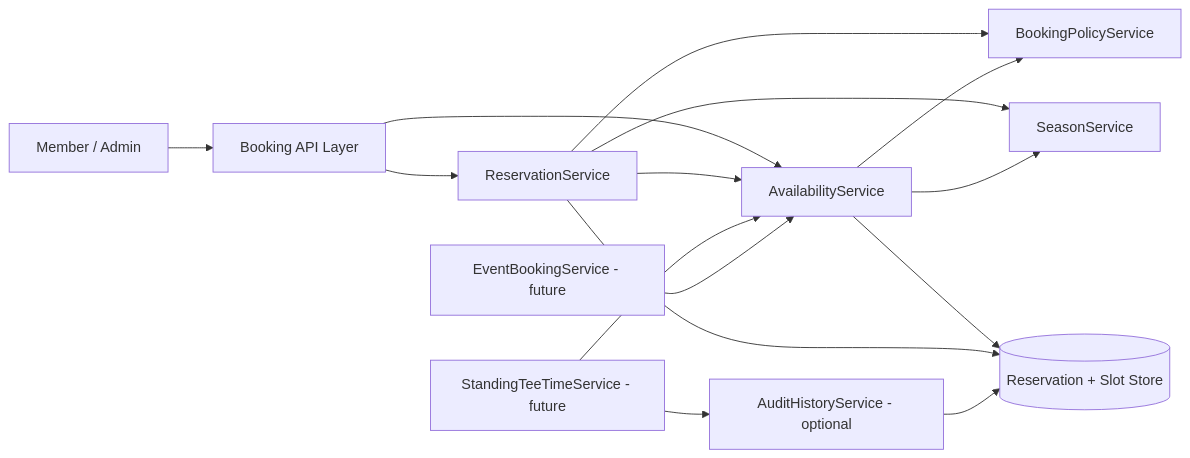
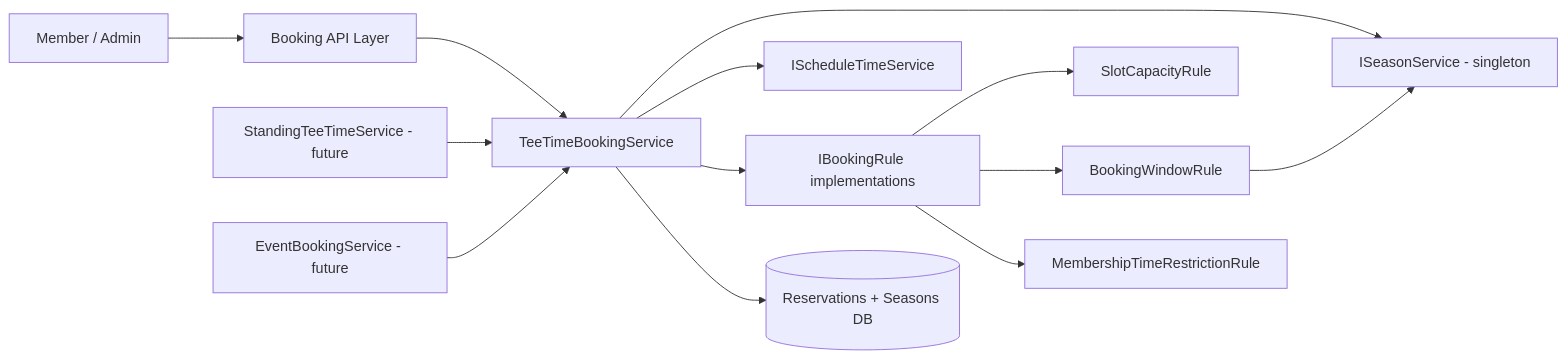
The diagram in docs/20-domain-tee-time-reservations/04-architecture/service-architecture-and-delivery-order.md (alwon1/ClubBaist-test), drawn with Mermaid before and after one commit. The commit also changed other lines of this file and 5 other files, not shown here.

````diff
--- a/docs/20-domain-tee-time-reservations/04-architecture/service-architecture-and-delivery-order.md
+++ b/docs/20-domain-tee-time-reservations/04-architecture/service-architecture-and-delivery-order.md
@@ -44,22 +54,20 @@
 ```mermaid
 flowchart LR
   Actor[Member / Admin] --> API[Booking API Layer]
 
-  API --> RS[ReservationService]
-  API --> AV[AvailabilityService]
+  API --> BS[TeeTimeBookingService]
 
-  RS --> BP[BookingPolicyService]
-  RS --> SS[SeasonService]
-  RS --> AV
-  ST --> AH[AuditHistoryService - optional]
+  BS --> SS[ISeasonService - singleton]
+  BS --> SCH[IScheduleTimeService]
+  BS --> Rules[IBookingRule implementations]
+  BS --> Repo[(Reservations + Seasons DB)]
 
-  AV --> SS
-  AV --> BP
-  AV --> Repo[(Reservation + Slot Store)]
+  Rules --> SCR[SlotCapacityRule]
+  Rules --> BWR[BookingWindowRule]
+  Rules --> MTR[MembershipTimeRestrictionRule]
 
-  ST[StandingTeeTimeService - future] --> AV
-  EV[EventBookingService - future] --> AV
+  BWR --> SS
 
-  RS --> Repo
-  AH --> Repo
+  ST[StandingTeeTimeService - future] --> BS
+  EV[EventBookingService - future] --> BS
 ```
````
